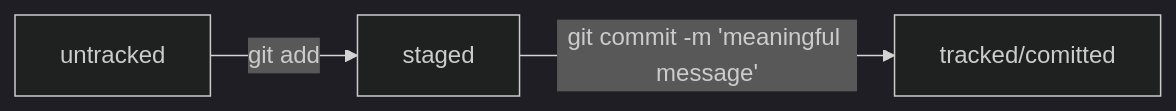
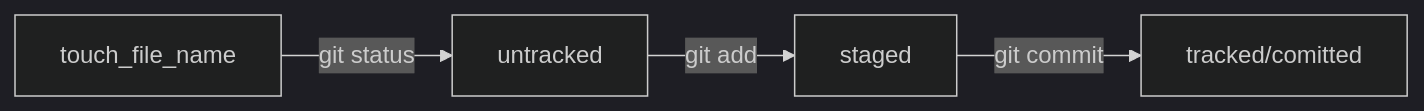
The first of 2 diagrams in README.md (Pablenkovitch/gitguide), drawn with Mermaid (dark theme) before and after one commit. The commit also changed other lines of this file, not shown here.

````diff
--- a/README.md
+++ b/README.md
@@ -256,6 +256,7 @@
 ```mermaid
 graph LR;
+  touch_file_name--"git status"-->untracked;
   untracked--"git add"-->staged;
-  staged  -- "git commit -m 'meaningful message'"     --> tracked/comitted;
+  staged  -- "git commit"--> tracked/comitted;
 
 ```
````
